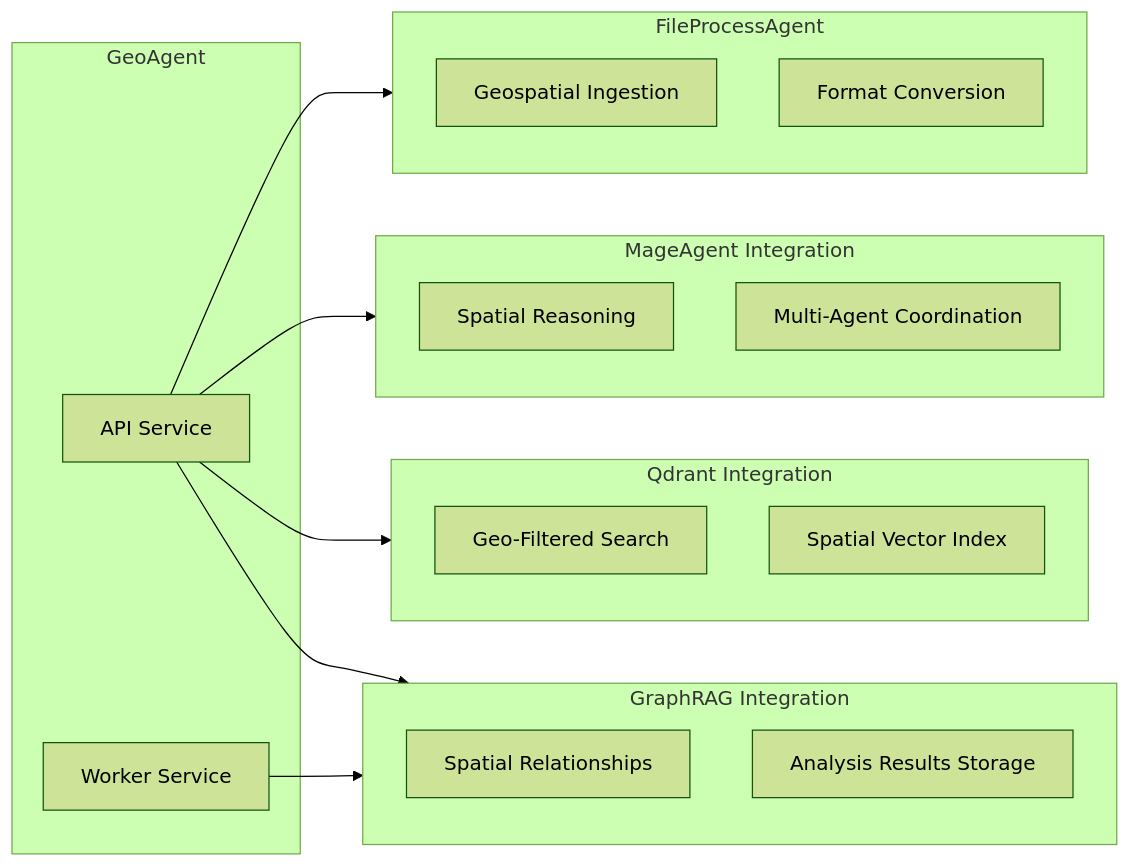
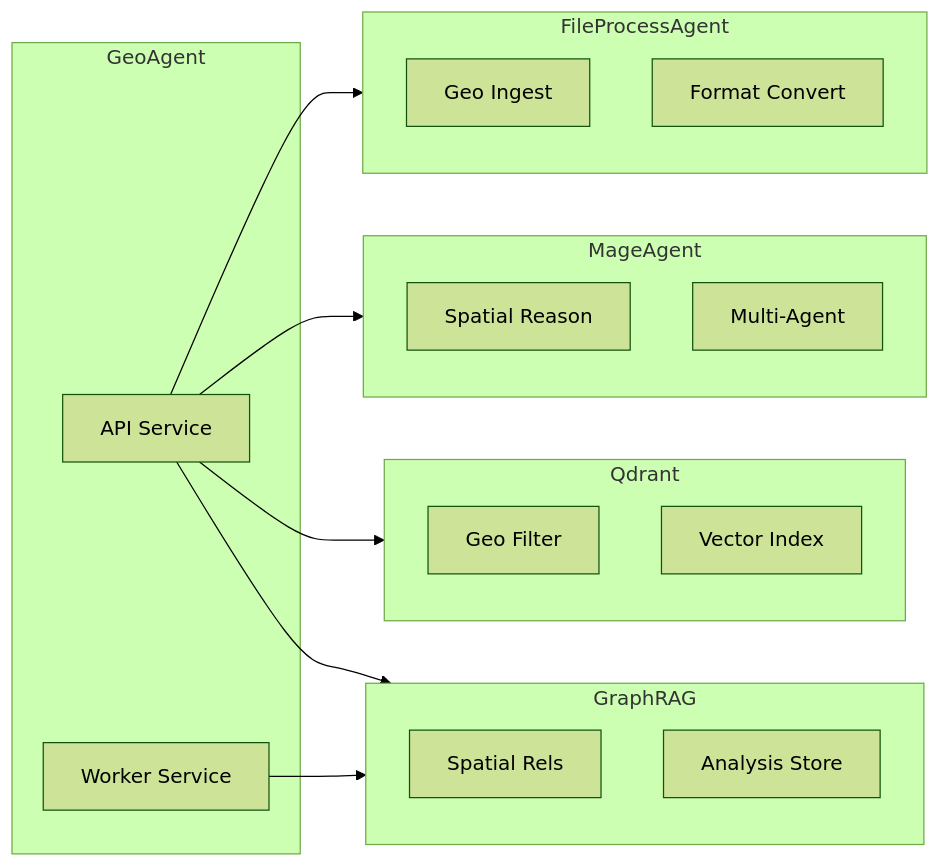
Before and after one commit to adverant/Adverant-Nexus-Plugin-GeoAgent: the seventh of 9 diagrams in ARCHITECTURE.md, drawn with Mermaid (forest theme). The commit also changed other lines of this file, not shown here.

First line of the commit message:
docs: fix Mermaid diagram rendering for marketplace

````diff
--- a/ARCHITECTURE.md
+++ b/ARCHITECTURE.md
@@ -334,34 +334,34 @@
 ```mermaid
 flowchart LR
     subgraph GeoAgent
         API["API Service"]
         Worker["Worker Service"]
     end
 
-    subgraph GraphRAG["GraphRAG Integration"]
-        SpatialRel["Spatial Relationships"]
-        AnalysisStore["Analysis Results Storage"]
+    subgraph GraphRAG["GraphRAG"]
+        SpatialRel["Spatial Rels"]
+        AnalysisStore["Analysis Store"]
     end
 
-    subgraph Qdrant["Qdrant Integration"]
-        GeoFilter["Geo-Filtered Search"]
-        VectorIndex["Spatial Vector Index"]
+    subgraph Qdrant["Qdrant"]
+        GeoFilter["Geo Filter"]
+        VectorIndex["Vector Index"]
     end
 
-    subgraph MageAgent["MageAgent Integration"]
-        SpatialReason["Spatial Reasoning"]
-        MultiAgent["Multi-Agent Coordination"]
+    subgraph MageAgent["MageAgent"]
+        SpatialReason["Spatial Reason"]
+        MultiAgent["Multi-Agent"]
     end
 
     subgraph FileProcess["FileProcessAgent"]
-        GeoIngest["Geospatial Ingestion"]
-        FormatConvert["Format Conversion"]
+        GeoIngest["Geo Ingest"]
+        FormatConvert["Format Convert"]
     end
 
     API --> GraphRAG
     API --> Qdrant
     API --> MageAgent
     API --> FileProcess
 
     Worker --> GraphRAG
 ```
````
